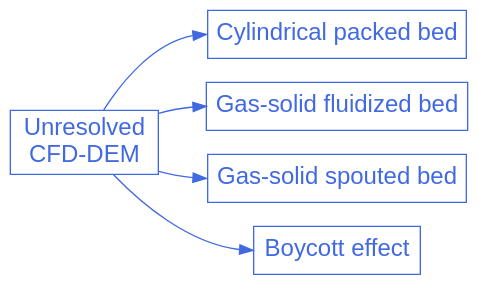
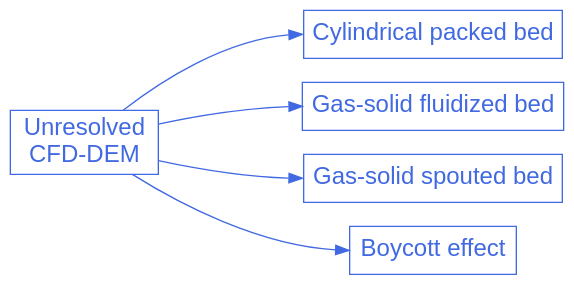
The diagram in doc/source/examples/unresolved-cfd-dem/unresolved-cfd-dem.rst (chaos-polymtl/lethe), drawn with Graphviz before and after one commit. The commit also changed 8 other files, not shown here.

Commit message:
Add images for incompressible flow and ranksep

```diff
--- a/doc/source/examples/unresolved-cfd-dem/unresolved-cfd-dem.rst
+++ b/doc/source/examples/unresolved-cfd-dem/unresolved-cfd-dem.rst
@@ -17,24 +17,24 @@
 .. graphviz:: 
 
     digraph unresolved_cfd_dem_diagram {
-      graph [bgcolor="transparent", align=true];
+      graph [bgcolor="transparent", align=true, ranksep=1.5];
       node [fontname=Arial, fontsize=18, shape=box, fontcolor=royalblue, color=royalblue];
       edge [color=royalblue];
       rankdir="LR";
       size = "9,9";
 
       unresolved_cfd_dem [label="Unresolved \nCFD-DEM", href="https://lethe-cfd.github.io/lethe/examples/unresolved-cfd-dem/unresolved-cfd-dem.html"];
 
       cfd_dem_1 [label="Cylindrical packed bed", href="https://lethe-cfd.github.io/lethe/examples/unresolved-cfd-dem/cylindrical-packed-bed/cylindrical-packed-bed.html"]; 
 
       cfd_dem_2 [label="Gas-solid fluidized bed", href="https://lethe-cfd.github.io/lethe/examples/unresolved-cfd-dem/gas-solid-fluidized-bed/gas-solid-fluidized-bed.html"]; 
 
       cfd_dem_3 [label="Gas-solid spouted bed", href="https://lethe-cfd.github.io/lethe/examples/unresolved-cfd-dem/gas-solid-spouted-bed/gas-solid-spouted-bed.html"]; 
 
       cfd_dem_4 [label="Boycott effect", href="https://lethe-cfd.github.io/lethe/examples/unresolved-cfd-dem/boycott-effect/boycott-effect.html"]; 
       
       unresolved_cfd_dem -> cfd_dem_1:w;
       unresolved_cfd_dem -> cfd_dem_2:w;
       unresolved_cfd_dem -> cfd_dem_3:w;
       unresolved_cfd_dem -> cfd_dem_4:w;
     }
```
